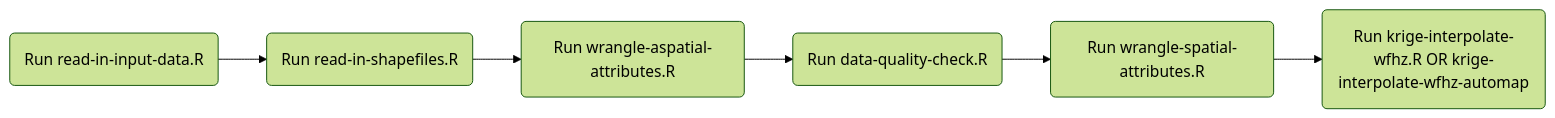
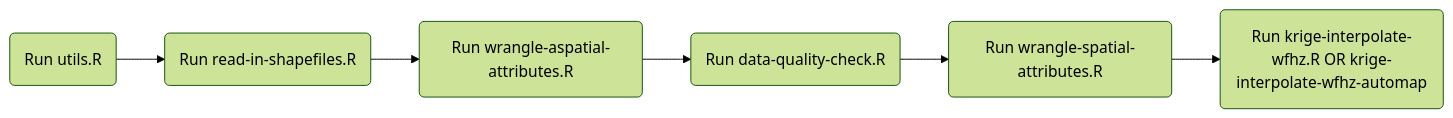
One commit to nutspatial/ugd-karamoja-amn-interp changed the diagram in README.md. Above: the diagram before and after it, drawn with Mermaid (forest theme). The commit also changed other lines of this file and 7 other files, not shown here.

````diff
--- a/README.md
+++ b/README.md
@@ -66,11 +65,11 @@
 ``` mermaid
 flowchart LR
-A(Run read-in-input-data.R)
+A(Run utils.R)
 B(Run read-in-shapefiles.R)
 C(Run wrangle-aspatial-attributes.R)
 D(Run data-quality-check.R)
 E(Run wrangle-spatial-attributes.R)
 F(Run krige-interpolate-wfhz.R OR krige-interpolate-wfhz-automap)
 
   A --> B --> C --> D --> E --> F
 ```
````
